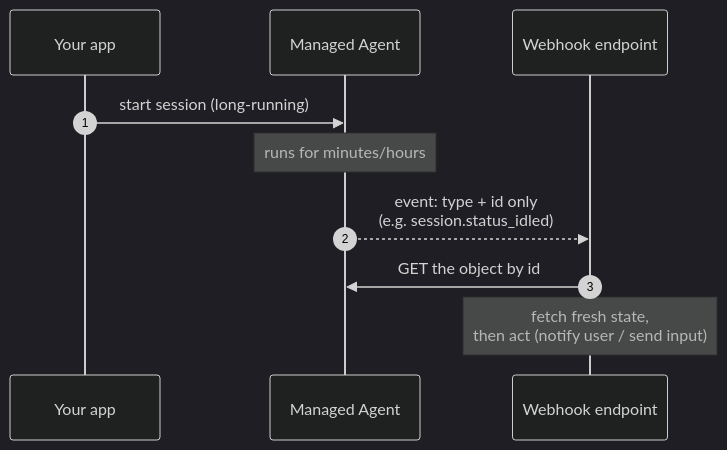
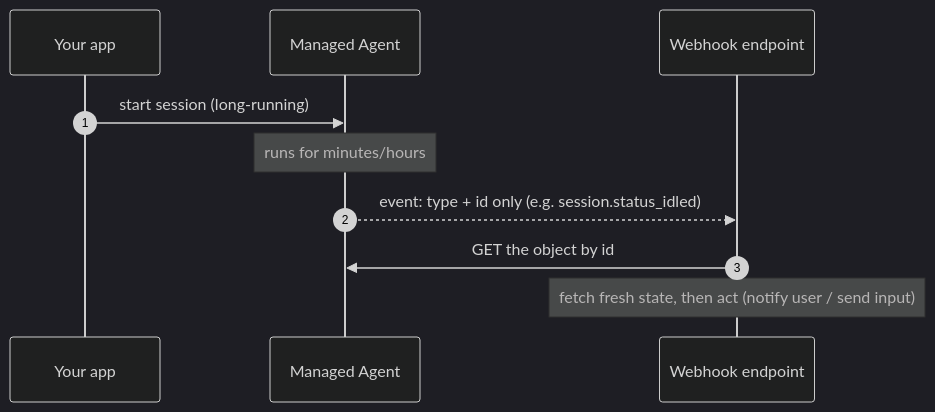
Before and after one commit to parmar-m/claude-architect-certification-prep: the fourth of 5 diagrams in CCA-P/domains/d3-integration.md, drawn with Mermaid (dark theme). The commit also changed other lines of this file and 25 other files, not shown here.

````diff
--- a/CCA-P/domains/d3-integration.md
+++ b/CCA-P/domains/d3-integration.md
@@ -102,12 +102,12 @@
 ```mermaid
 sequenceDiagram
     autonumber
     participant App as Your app
     participant MA as Managed Agent
     participant WH as Webhook endpoint
     App->>MA: start session (long-running)
     Note over MA: runs for minutes/hours
-    MA-->>WH: event: type + id only<br/>(e.g. session.status_idled)
+    MA-->>WH: event: type + id only (e.g. session.status_idled)
     WH->>MA: GET the object by id
-    Note over WH: fetch fresh state,<br/>then act (notify user / send input)
+    Note over WH: fetch fresh state, then act (notify user / send input)
 ```
````
